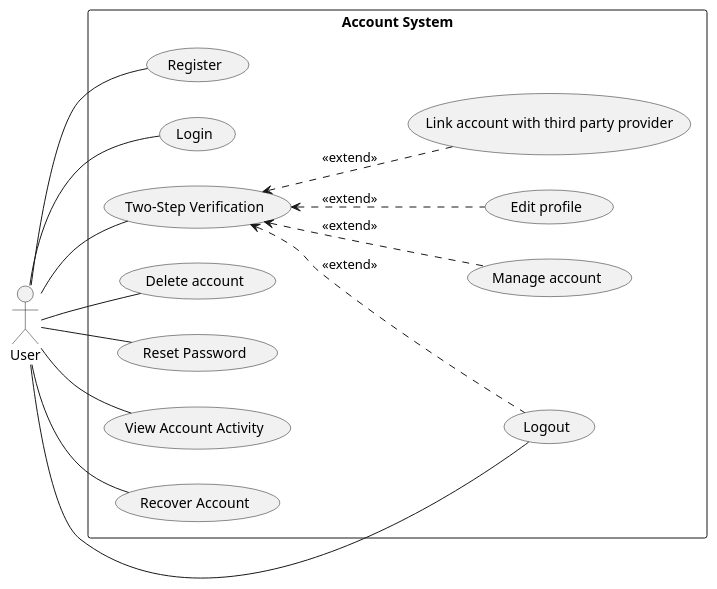
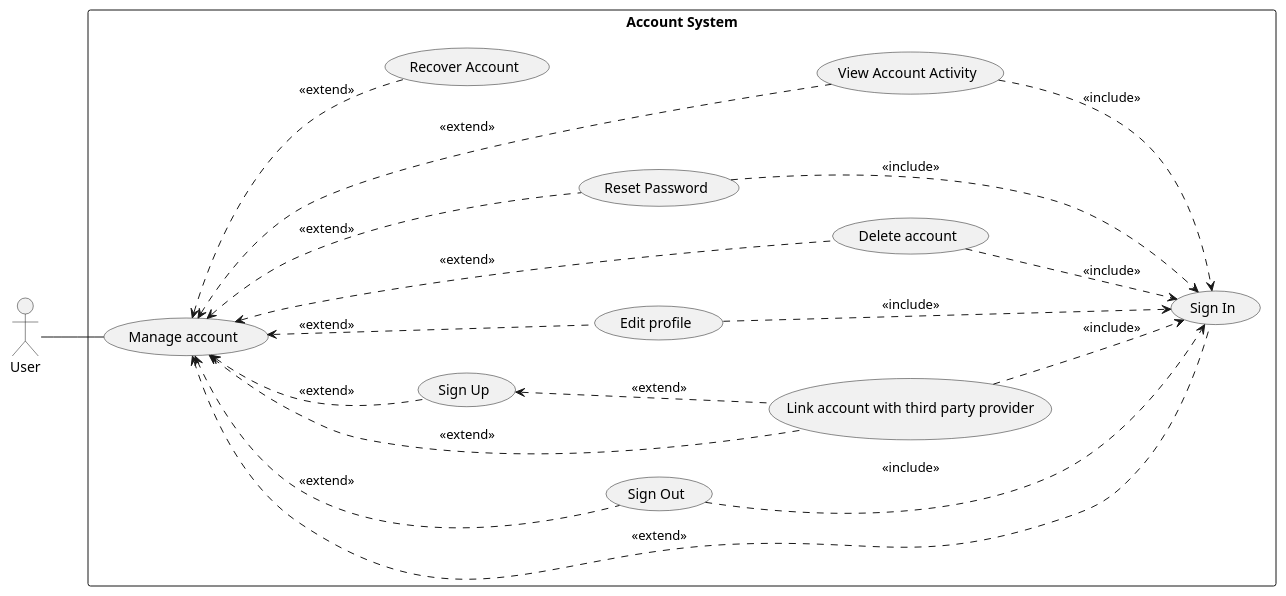
One commit to electricilies/electricilies.github.io changed the diagram in docs/docs/use-case/user.md. Above: the diagram before and after it, drawn with PlantUML. The commit also changed other lines of this file and 21 other files, not shown here.

Commit message:
feat: manage-account

````diff
--- a/docs/docs/use-case/user.md
+++ b/docs/docs/use-case/user.md
@@ -69,36 +3,40 @@
 ```plantuml
 @startuml
 left to right direction
-
 actor User
 
 rectangle "Account System" {
-  usecase UC01 as "Register"
-  usecase UC02 as "Login"
-  usecase UC03 as "Logout"
-  usecase UC04 as "Two-Step Verification"
-  usecase UC05 as "Manage account"
-  usecase UC06 as "Edit profile"
-  usecase UC07 as "Link account with third party provider"
-  usecase UC08 as "Delete account"
-  usecase UC09 as "Reset Password"
-  usecase UC10 as "View Account Activity"
-  usecase UC11 as "Recover Account"
+  usecase UC01 as "Manage account"
+  usecase UC02 as "Sign Up"
+  usecase UC03 as "Sign In"
+  usecase UC04 as "Sign Out"
+  usecase UC05 as "Edit profile"
+  usecase UC06 as "Link account with third party provider"
+  usecase UC07 as "Delete account"
+  usecase UC08 as "Reset Password"
+  usecase UC09 as "View Account Activity"
+  usecase UC10 as "Recover Account"
 }
 
 User -- UC01
-User -- UC02
-User -- UC03
-User -- UC04
-User -- UC08
-User -- UC09
-User -- UC10
-User -- UC11
 
-UC04 <.. UC03 : <<extend>>
-UC04 <.. UC05 : <<extend>>
-UC04 <.. UC06 : <<extend>>
-UC04 <.. UC07 : <<extend>>
+UC01 <.. UC02 : <<extend>>
+UC01 <.. UC03 : <<extend>>
+UC01 <.. UC04 : <<extend>>
+UC01 <.. UC05 : <<extend>>
+UC01 <.. UC06 : <<extend>>
+UC01 <.. UC07 : <<extend>>
+UC01 <.. UC08 : <<extend>>
+UC01 <.. UC09 : <<extend>>
+UC01 <.. UC10 : <<extend>>
+UC02 <.. UC06 : <<extend>>
+
+UC04 ..> UC03 : <<include>>
+UC05 ..> UC03 : <<include>>
+UC06 ..> UC03 : <<include>>
+UC07 ..> UC03 : <<include>>
+UC08 ..> UC03 : <<include>>
+UC09 ..> UC03 : <<include>>
 
 @enduml
 ```
````
